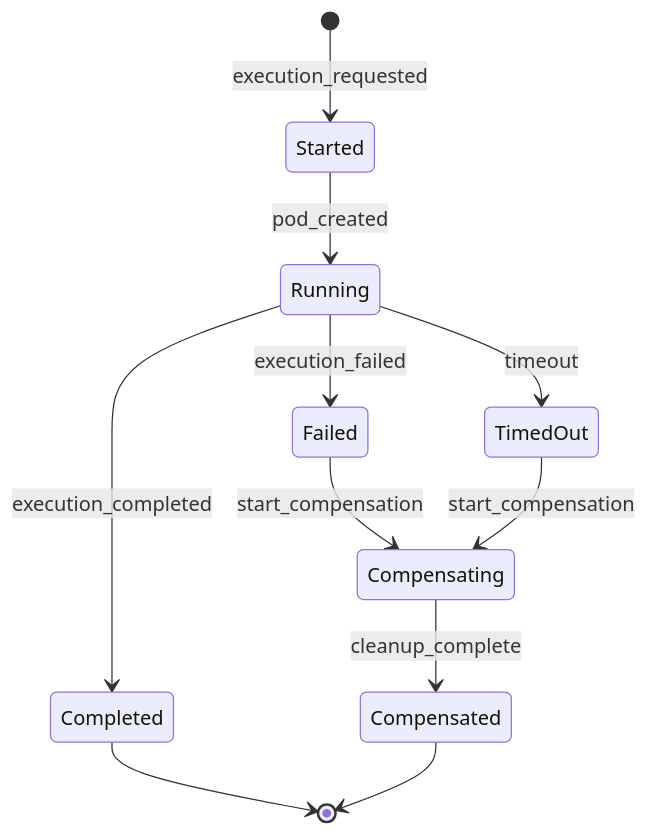
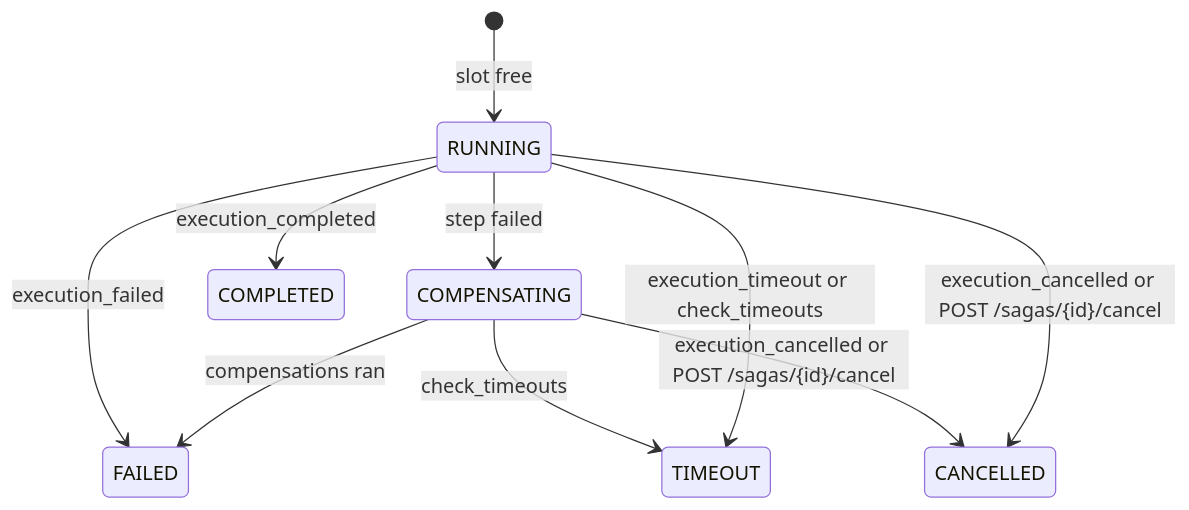
Before and after one commit to HardMax71/Integr8sCode: the second of 2 diagrams in docs/components/workers/saga_orchestrator.md, drawn with Mermaid. The commit also changed other lines of this file and 304 other files, not shown here.

````diff
--- a/docs/components/workers/saga_orchestrator.md
+++ b/docs/components/workers/saga_orchestrator.md
@@ -32,13 +28,12 @@
 ```mermaid
 stateDiagram-v2
-    [*] --> Started: execution_requested
-    Started --> Running: pod_created
-    Running --> Completed: execution_completed
-    Running --> Failed: execution_failed
-    Running --> TimedOut: timeout
-    Failed --> Compensating: start_compensation
-    TimedOut --> Compensating: start_compensation
-    Compensating --> Compensated: cleanup_complete
-    Completed --> [*]
-    Compensated --> [*]
+    [*] --> RUNNING: slot free
+    RUNNING --> COMPENSATING: step failed
+    COMPENSATING --> FAILED: compensations ran
+    RUNNING --> COMPLETED: execution_completed
+    RUNNING --> FAILED: execution_failed
+    RUNNING --> TIMEOUT: execution_timeout or check_timeouts
+    COMPENSATING --> TIMEOUT: check_timeouts
+    RUNNING --> CANCELLED: execution_cancelled or POST /sagas/{id}/cancel
+    COMPENSATING --> CANCELLED: execution_cancelled or POST /sagas/{id}/cancel
 ```
````
